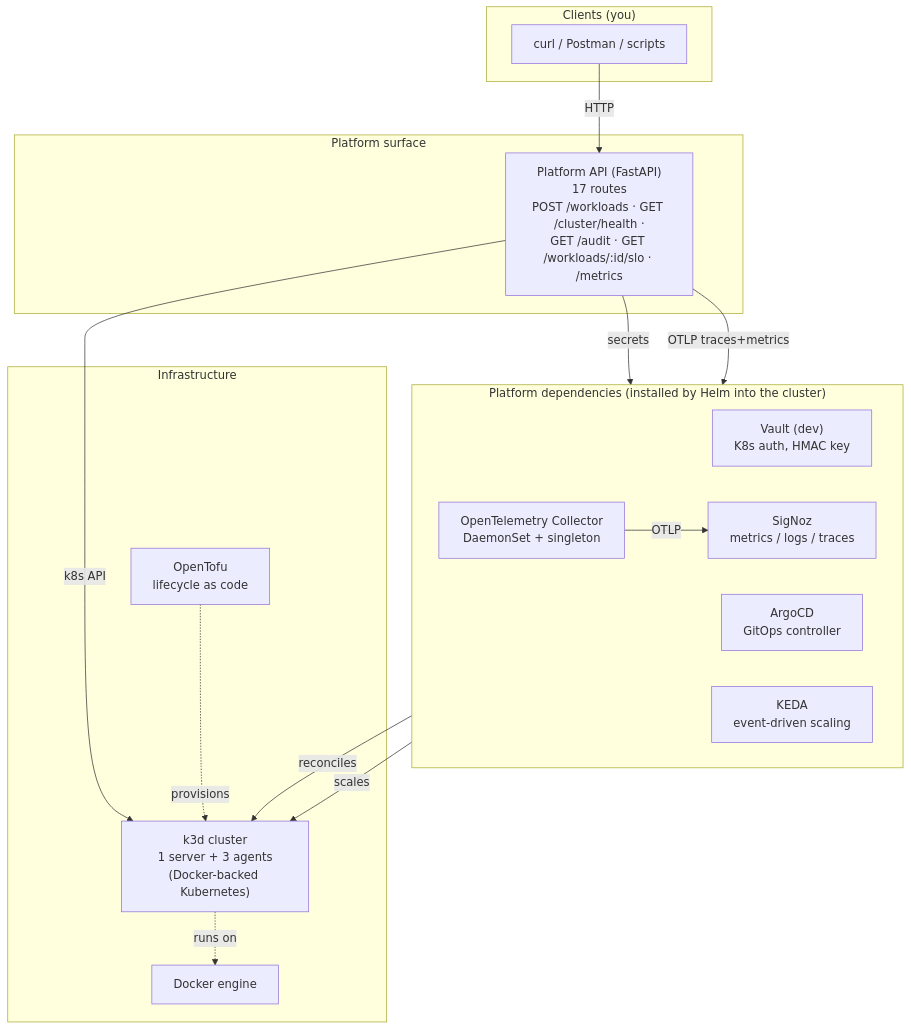
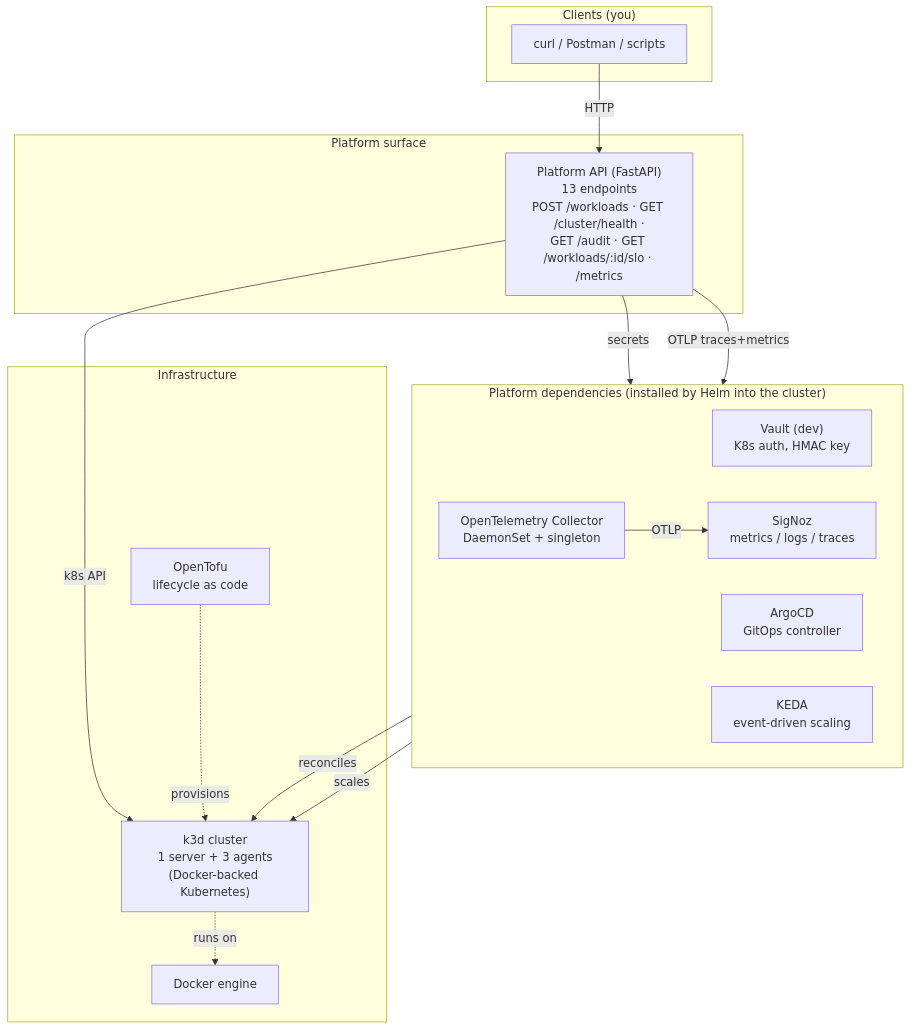
The first of 7 diagrams in project-01-sre-platform/docs/WALKTHROUGH.md (mdas333/sre-platform), drawn with Mermaid before and after one commit. The commit also changed other lines of this file and 3 other files, not shown here.

````diff
--- a/project-01-sre-platform/docs/WALKTHROUGH.md
+++ b/project-01-sre-platform/docs/WALKTHROUGH.md
@@ -150,31 +150,31 @@
 ```mermaid
 flowchart TB
   subgraph L4["Clients (you)"]
     U["curl / Postman / scripts"]
   end
   subgraph L3["Platform surface"]
-    PA["Platform API (FastAPI)<br/>17 routes<br/>POST /workloads · GET /cluster/health ·<br/>GET /audit · GET /workloads/:id/slo · /metrics"]
+    PA["Platform API (FastAPI)<br/>13 endpoints<br/>POST /workloads · GET /cluster/health ·<br/>GET /audit · GET /workloads/:id/slo · /metrics"]
   end
   subgraph L2["Platform dependencies (installed by Helm into the cluster)"]
     direction LR
     VAULT["Vault (dev)<br/>K8s auth, HMAC key"]
     ARGO["ArgoCD<br/>GitOps controller"]
     KEDA["KEDA<br/>event-driven scaling"]
     SIGNOZ["SigNoz<br/>metrics / logs / traces"]
     OTEL["OpenTelemetry Collector<br/>DaemonSet + singleton"]
   end
   subgraph L1["Infrastructure"]
     K3D["k3d cluster<br/>1 server + 3 agents<br/>(Docker-backed Kubernetes)"]
     TOFU["OpenTofu<br/>lifecycle as code"]
     DOCKER["Docker engine"]
   end
   U -->|HTTP| PA
   PA -->|k8s API| K3D
   PA -->|secrets| VAULT
   PA -->|OTLP traces+metrics| OTEL
   OTEL -->|OTLP| SIGNOZ
   ARGO -->|reconciles| K3D
   KEDA -->|scales| K3D
   TOFU -.->|provisions| K3D
   K3D -.->|runs on| DOCKER
 ```
````
